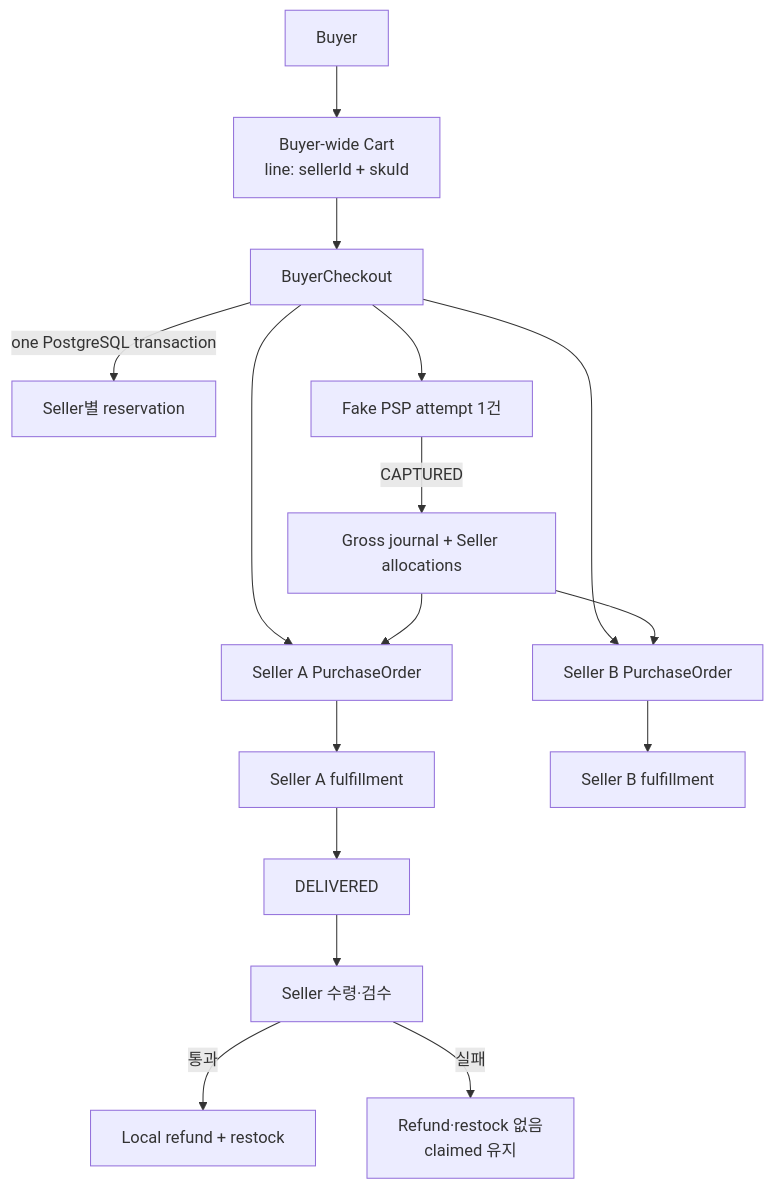
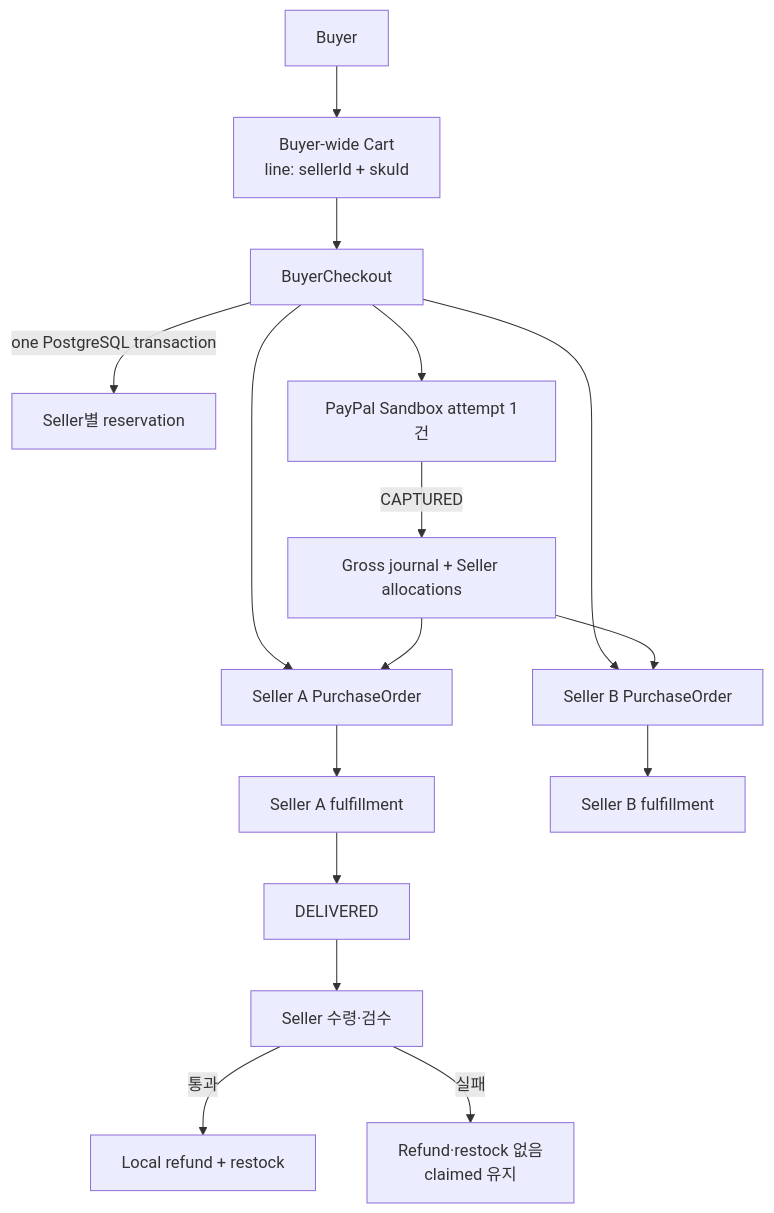
One commit to Neo1228/ATLAS changed the diagram in docs/02-decisions/adr/ADR-0016-buyer-wide-cart-multi-seller-checkout.md. Above: the diagram before and after it, drawn with Mermaid. The commit also changed other lines of this file and 47 other files, not shown here.

````diff
--- a/docs/02-decisions/adr/ADR-0016-buyer-wide-cart-multi-seller-checkout.md
+++ b/docs/02-decisions/adr/ADR-0016-buyer-wide-cart-multi-seller-checkout.md
@@ -49,18 +49,18 @@
 ```mermaid
 flowchart TD
     B[Buyer] --> C[Buyer-wide Cart\nline: sellerId + skuId]
     C --> X[BuyerCheckout]
     X -->|one PostgreSQL transaction| R[Seller별 reservation]
     X --> O1[Seller A PurchaseOrder]
     X --> O2[Seller B PurchaseOrder]
-    X --> P[Fake PSP attempt 1건]
+    X --> P[PayPal Sandbox attempt 1건]
     P -->|CAPTURED| S[Gross journal + Seller allocations]
     S --> O1
     S --> O2
     O1 --> F1[Seller A fulfillment]
     O2 --> F2[Seller B fulfillment]
     F1 --> D[DELIVERED]
     D --> I[Seller 수령·검수]
     I -->|통과| RF[Local refund + restock]
     I -->|실패| H[Refund·restock 없음\nclaimed 유지]
 ```
````
